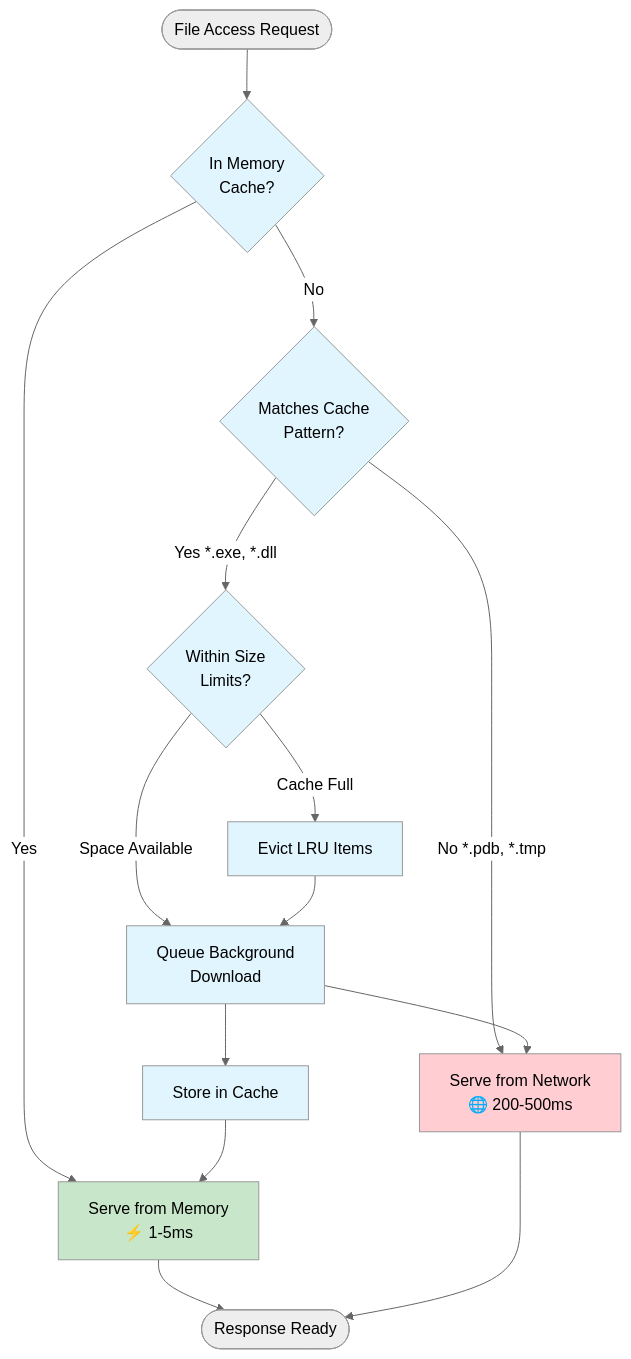
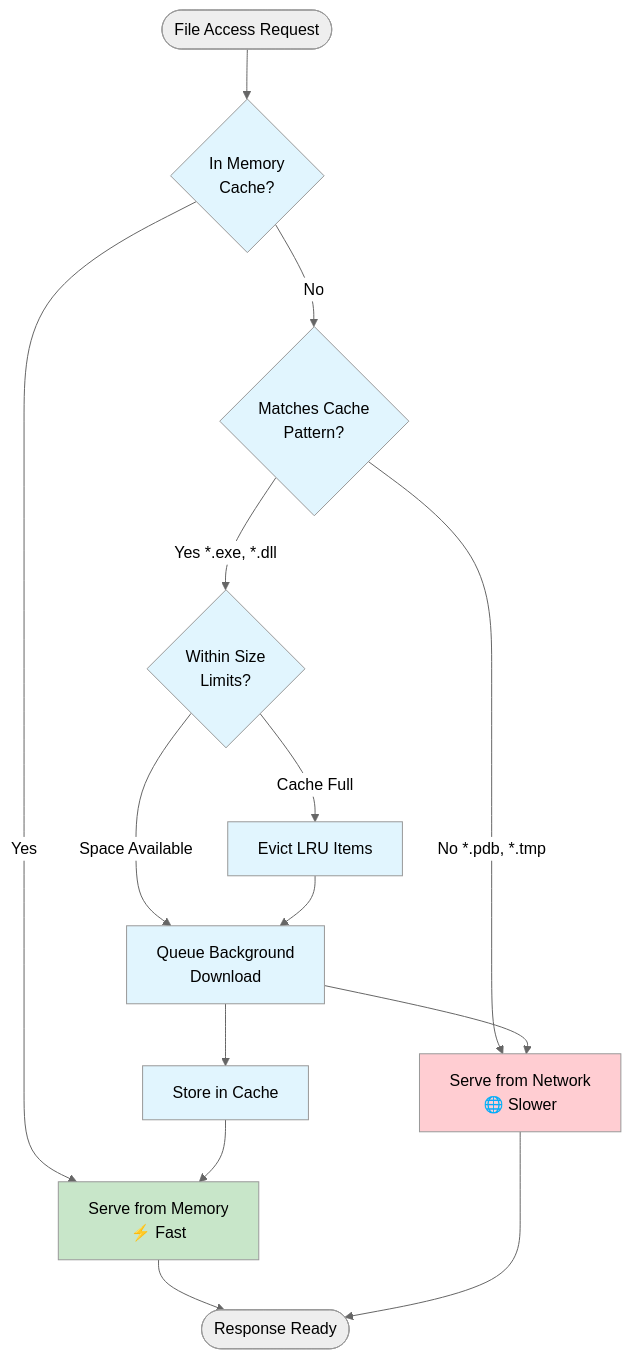
The third of 3 diagrams in ARCHITECTURE.md (compiler-explorer/ce-win-file-cache), drawn with Mermaid (neutral theme) before and after one commit. The commit also changed other lines of this file, not shown here.

First line of the commit message:
Remove unproven performance numbers from architecture documentation

````diff
--- a/ARCHITECTURE.md
+++ b/ARCHITECTURE.md
@@ -180,40 +180,40 @@
 ```mermaid
 flowchart TD
     START([File Access Request])
     
     CHECK_MEMORY{In Memory<br/>Cache?}
     CHECK_PATTERN{Matches Cache<br/>Pattern?}
     CHECK_SIZE{Within Size<br/>Limits?}
     
-    SERVE_MEMORY[Serve from Memory<br/>⚡ 1-5ms]
-    SERVE_NETWORK[Serve from Network<br/>🌐 200-500ms]
+    SERVE_MEMORY[Serve from Memory<br/>⚡ Fast]
+    SERVE_NETWORK[Serve from Network<br/>🌐 Slower]
     QUEUE_DOWNLOAD[Queue Background<br/>Download]
     STORE_CACHE[Store in Cache]
     EVICT_LRU[Evict LRU Items]
     
     START --> CHECK_MEMORY
     CHECK_MEMORY -->|Yes| SERVE_MEMORY
     CHECK_MEMORY -->|No| CHECK_PATTERN
     
     CHECK_PATTERN -->|No *.pdb, *.tmp| SERVE_NETWORK
     CHECK_PATTERN -->|Yes *.exe, *.dll| CHECK_SIZE
     
     CHECK_SIZE -->|Cache Full| EVICT_LRU
     CHECK_SIZE -->|Space Available| QUEUE_DOWNLOAD
     EVICT_LRU --> QUEUE_DOWNLOAD
     
     QUEUE_DOWNLOAD --> SERVE_NETWORK
     QUEUE_DOWNLOAD --> STORE_CACHE
     STORE_CACHE --> SERVE_MEMORY
     
     SERVE_MEMORY --> END([Response Ready])
     SERVE_NETWORK --> END
     
     classDef fast fill:#c8e6c9
     classDef slow fill:#ffcdd2
     classDef process fill:#e1f5fe
     
     class SERVE_MEMORY fast
     class SERVE_NETWORK slow
     class QUEUE_DOWNLOAD,STORE_CACHE,EVICT_LRU,CHECK_MEMORY,CHECK_PATTERN,CHECK_SIZE process
 ```
````
